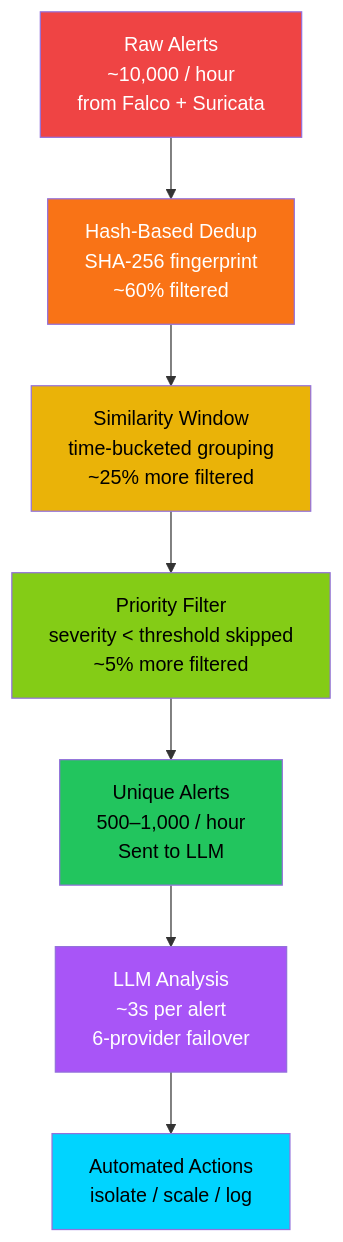
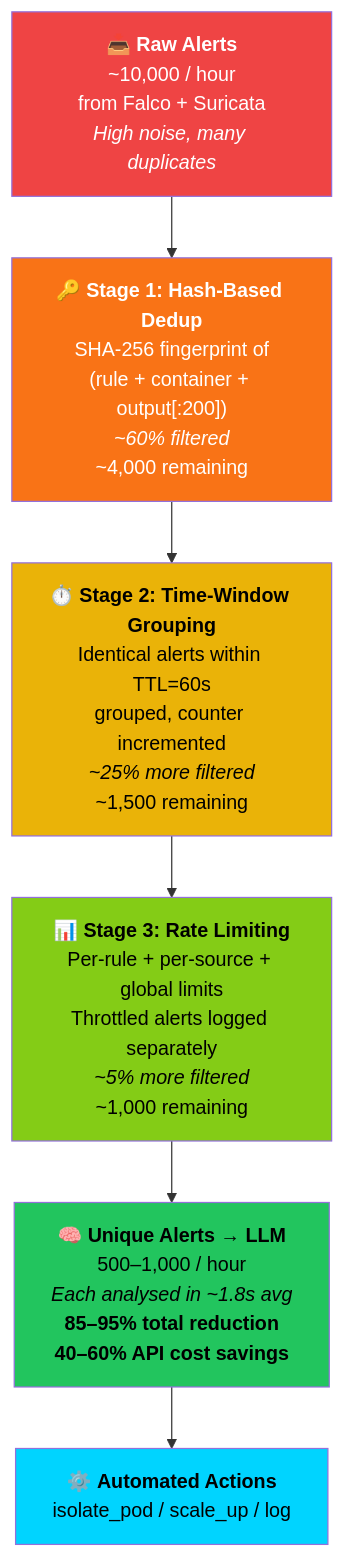
One commit to Alqaly/smart-city-ids changed diagram 12 of 20 in docs/CAPSTONE_FIGURES.md. Above: the diagram before and after it, drawn with Mermaid. The commit also changed other lines of this file, not shown here.

First line of the commit message:
Improve figures file: exact placement labels + enhanced diagrams

````diff
--- a/docs/CAPSTONE_FIGURES.md
+++ b/docs/CAPSTONE_FIGURES.md
@@ -407,17 +555,21 @@
 ```mermaid
 graph TB
-    A["Raw Alerts\n~10,000 / hour\nfrom Falco + Suricata"] --> B["Hash-Based Dedup\nSHA-256 fingerprint\n~60% filtered"]
-    B --> C["Similarity Window\ntime-bucketed grouping\n~25% more filtered"]
-    C --> D["Priority Filter\nseverity < threshold skipped\n~5% more filtered"]
-    D --> E["Unique Alerts\n500–1,000 / hour\nSent to LLM"]
-    E --> F["LLM Analysis\n~3s per alert\n6-provider failover"]
-    F --> G["Automated Actions\nisolate / scale / log"]
+    A["📥 <b>Raw Alerts</b><br/>~10,000 / hour<br/>from Falco + Suricata<br/><i>High noise, many duplicates</i>"] --> B
+
+    B["🔑 <b>Stage 1: Hash-Based Dedup</b><br/>SHA-256 fingerprint of<br/>(rule + container + output[:200])<br/><i>~60% filtered</i><br/>~4,000 remaining"] --> C
+
+    C["⏱️ <b>Stage 2: Time-Window Grouping</b><br/>Identical alerts within TTL=60s<br/>grouped, counter incremented<br/><i>~25% more filtered</i><br/>~1,500 remaining"] --> D
+
+    D["📊 <b>Stage 3: Rate Limiting</b><br/>Per-rule + per-source + global limits<br/>Throttled alerts logged separately<br/><i>~5% more filtered</i><br/>~1,000 remaining"] --> E
+
+    E["🧠 <b>Unique Alerts → LLM</b><br/>500–1,000 / hour<br/><i>Each analysed in ~1.8s avg</i><br/><b>85–95% total reduction</b><br/><b>40–60% API cost savings</b>"] --> F
+
+    F["⚙️ <b>Automated Actions</b><br/>isolate_pod / scale_up / log"]
 
     style A fill:#ef4444,color:#fff
     style B fill:#f97316,color:#fff
     style C fill:#eab308,color:#000
     style D fill:#84cc16,color:#000
     style E fill:#22c55e,color:#000
-    style F fill:#a855f7,color:#fff
-    style G fill:#00d4ff,color:#000
+    style F fill:#00d4ff,color:#000
 ```
````
